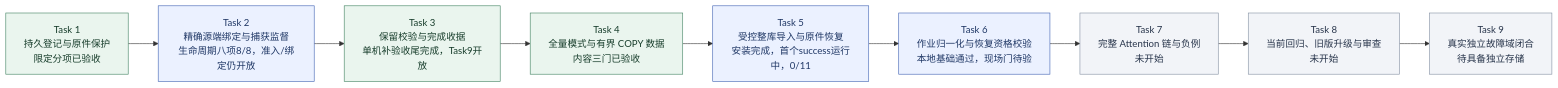
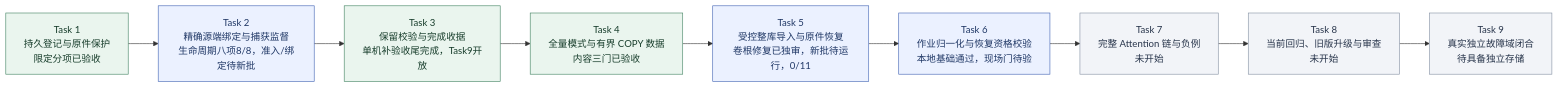
Before and after one commit to MansurnamedZhang/learning-system-p0c4: the second of 9 diagrams in docs/KnowWeave实施路线与系统架构.md, drawn with Mermaid. The commit also changed other lines of this file and 10 other files, not shown here.

````diff
--- a/docs/KnowWeave实施路线与系统架构.md
+++ b/docs/KnowWeave实施路线与系统架构.md
@@ -72,26 +72,26 @@
 ```mermaid
 flowchart LR
     C4T1["Task 1<br/>持久登记与原件保护<br/>限定分项已验收"]
-    C4T2["Task 2<br/>精确源端绑定与捕获监督<br/>生命周期八项8/8，准入/绑定仍开放"]
+    C4T2["Task 2<br/>精确源端绑定与捕获监督<br/>生命周期八项8/8，准入/绑定待新批"]
     C4T3["Task 3<br/>保留校验与完成收据<br/>单机补验收尾完成，Task9开放"]
     C4T4["Task 4<br/>全量模式与有界 COPY 数据<br/>内容三门已验收"]
-    C4T5["Task 5<br/>受控整库导入与原件恢复<br/>安装完成，首个success运行中，0/11"]
+    C4T5["Task 5<br/>受控整库导入与原件恢复<br/>卷根修复已独审，新批待运行，0/11"]
     C4T6["Task 6<br/>作业归一化与恢复资格校验<br/>本地基础通过，现场门待验"]
     C4T7["Task 7<br/>完整 Attention 链与负例<br/>未开始"]
     C4T8["Task 8<br/>当前回归、旧版升级与审查<br/>未开始"]
     C4T9["Task 9<br/>真实独立故障域闭合<br/>待具备独立存储"]
     C4T1 --> C4T2
     C4T2 --> C4T3
     C4T3 --> C4T4
     C4T4 --> C4T5
     C4T5 --> C4T6
     C4T6 --> C4T7
     C4T7 --> C4T8
     C4T8 --> C4T9
     class C4T1,C4T3,C4T4 done
     class C4T2,C4T5,C4T6 next
     class C4T7,C4T8,C4T9 planned
     classDef done fill:#eaf5ee,stroke:#438363,color:#173d2b
     classDef next fill:#ebf1ff,stroke:#4365b4,color:#203866
     classDef planned fill:#f2f4f8,stroke:#8591a3,color:#28354b
 ```
````
